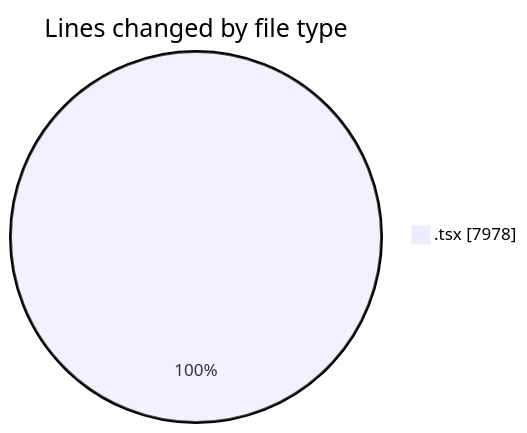
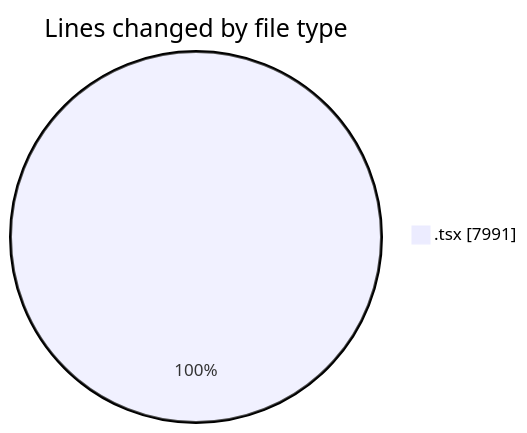
Before and after one commit to momahboobian/code-tracking: the first of 2 diagrams in 2025-12-04/cda/README.md, drawn with Mermaid. The commit also changed other lines of this file and 1 other file, not shown here.

````diff
--- a/2025-12-04/cda/README.md
+++ b/2025-12-04/cda/README.md
@@ -29,5 +29,5 @@
 ```mermaid
 pie showData
 title Lines changed by file type
-".tsx" : 7978
+".tsx" : 7991
 ```
````
